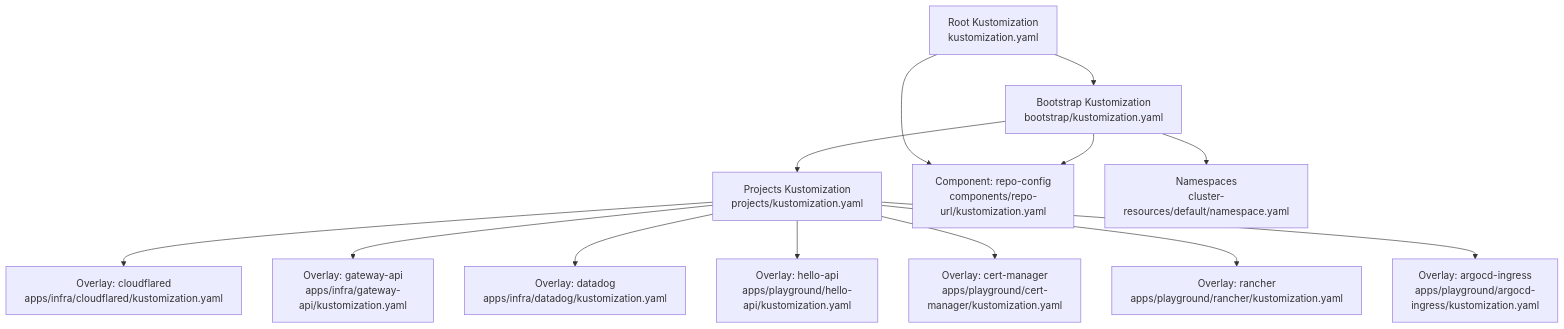
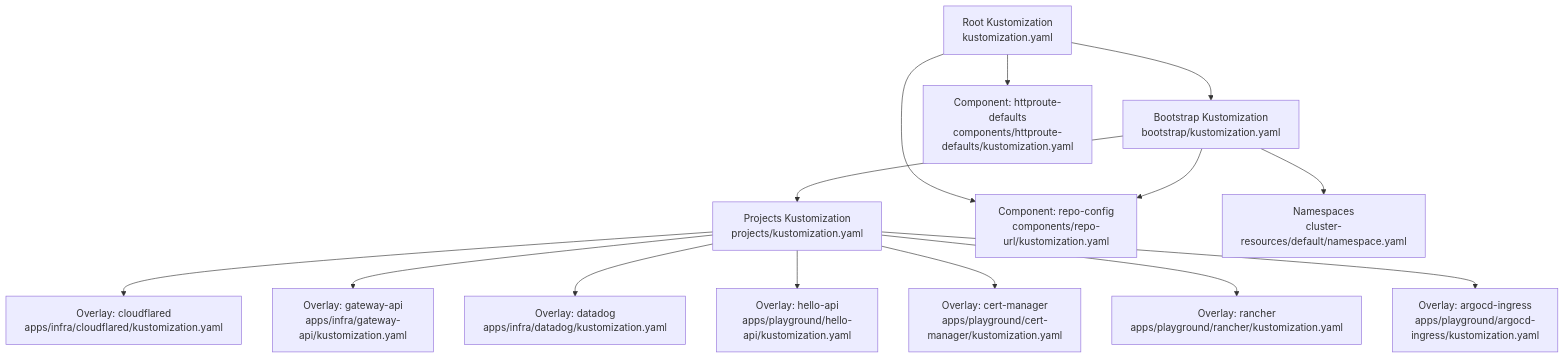
The first of 4 diagrams in .qoder/repowiki/en/content/Application Configuration/Kustomize Configuration Patterns.md (Hoangvu75/k8s_manifest), drawn with Mermaid before and after one commit. The commit also changed other lines of this file and 5 other files, not shown here.

````diff
--- a/.qoder/repowiki/en/content/Application Configuration/Kustomize Configuration Patterns.md
+++ b/.qoder/repowiki/en/content/Application Configuration/Kustomize Configuration Patterns.md
@@ -45,27 +55,29 @@
 ```mermaid
 graph TB
 root_kust["Root Kustomization<br/>kustomization.yaml"]
 bootstrap_kust["Bootstrap Kustomization<br/>bootstrap/kustomization.yaml"]
 proj_kust["Projects Kustomization<br/>projects/kustomization.yaml"]
 repo_url_comp["Component: repo-config<br/>components/repo-url/kustomization.yaml"]
+httproute_comp["Component: httproute-defaults<br/>components/httproute-defaults/kustomization.yaml"]
 infra_cloud["Overlay: cloudflared<br/>apps/infra/cloudflared/kustomization.yaml"]
 infra_gateway["Overlay: gateway-api<br/>apps/infra/gateway-api/kustomization.yaml"]
 infra_datadog["Overlay: datadog<br/>apps/infra/datadog/kustomization.yaml"]
 play_hello["Overlay: hello-api<br/>apps/playground/hello-api/kustomization.yaml"]
 play_certman["Overlay: cert-manager<br/>apps/playground/cert-manager/kustomization.yaml"]
 play_rancher["Overlay: rancher<br/>apps/playground/rancher/kustomization.yaml"]
 play_ingress["Overlay: argocd-ingress<br/>apps/playground/argocd-ingress/kustomization.yaml"]
 ns_default["Namespaces<br/>cluster-resources/default/namespace.yaml"]
 root_kust --> bootstrap_kust
 root_kust --> repo_url_comp
+root_kust --> httproute_comp
 bootstrap_kust --> repo_url_comp
 bootstrap_kust --> ns_default
 bootstrap_kust --> proj_kust
 proj_kust --> infra_cloud
 proj_kust --> infra_gateway
 proj_kust --> infra_datadog
 proj_kust --> play_hello
 proj_kust --> play_certman
 proj_kust --> play_rancher
 proj_kust --> play_ingress
 ```
````
